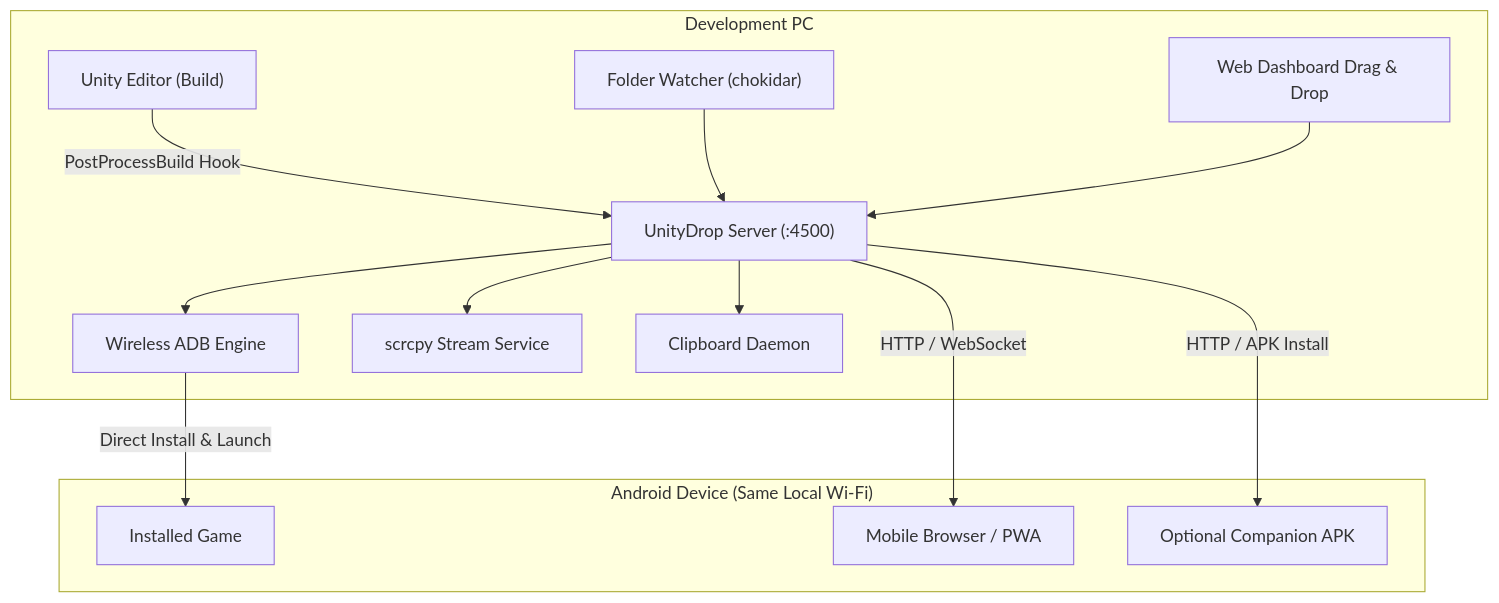
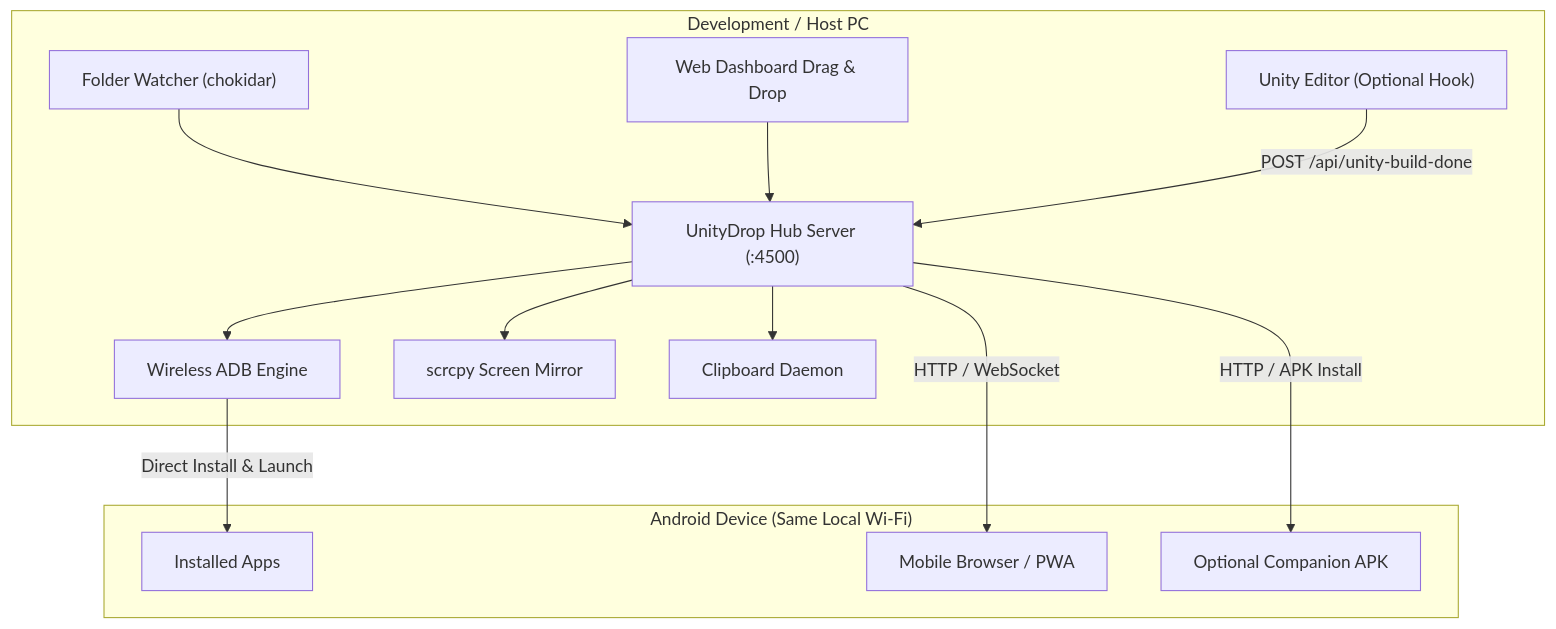
One commit to b3rq/BRQ-Transfer changed the diagram in README.md. Above: the diagram before and after it, drawn with Mermaid. The commit also changed other lines of this file, not shown here.

Commit message:
docs: broaden project scope to universal local file transfer and device hub

````diff
--- a/README.md
+++ b/README.md
@@ -109,17 +115,18 @@
 ```mermaid
 flowchart TD
-    subgraph PC["Development PC"]
-        Unity["Unity Editor (Build)"] -->|PostProcessBuild Hook| Server["UnityDrop Server (:4500)"]
+    subgraph PC["Development / Host PC"]
+        Server["UnityDrop Hub Server (:4500)"]
         Watcher["Folder Watcher (chokidar)"] --> Server
         Manual["Web Dashboard Drag & Drop"] --> Server
+        Unity["Unity Editor (Optional Hook)"] -->|POST /api/unity-build-done| Server
         Server --> ADB["Wireless ADB Engine"]
-        Server --> Scrcpy["scrcpy Stream Service"]
+        Server --> Scrcpy["scrcpy Screen Mirror"]
         Server --> Clip["Clipboard Daemon"]
     end
 
     subgraph Mobile["Android Device (Same Local Wi-Fi)"]
-        ADB -->|Direct Install & Launch| Game["Installed Game"]
+        ADB -->|Direct Install & Launch| Game["Installed Apps"]
         Server -->|HTTP / WebSocket| MobileWeb["Mobile Browser / PWA"]
         Server -->|HTTP / APK Install| Companion["Optional Companion APK"]
     end
 ```
````
